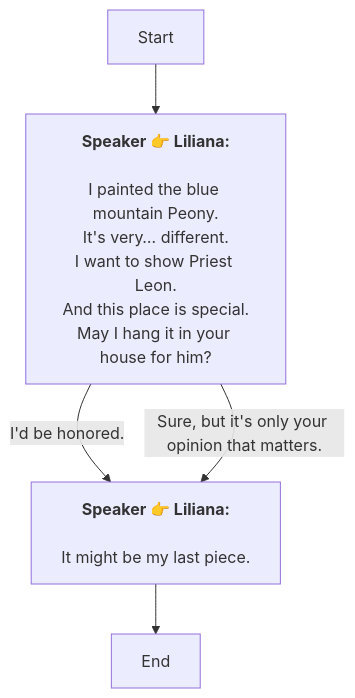
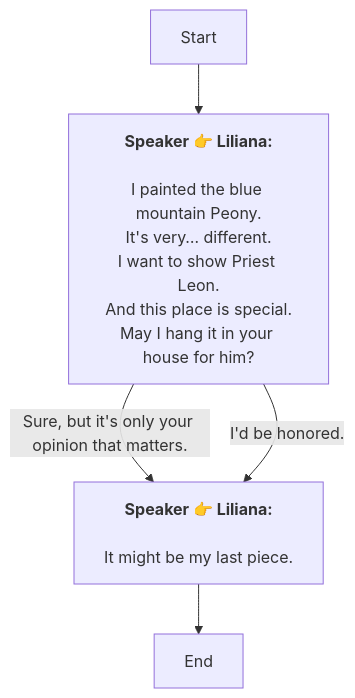
The diagram in En/Dialog_55279931831909.md (SoftHu/tos_avg), drawn with Mermaid before and after one commit. The commit also changed other lines of this file and 780 other files, not shown here.

````diff
--- a/En/Dialog_55279931831909.md
+++ b/En/Dialog_55279931831909.md
@@ -1,13 +1,13 @@
 ```mermaid
 graph
 Start -->1768957970791862[<b>Speaker 👉 Liliana:</b>
 \nI painted the blue mountain Peony.
 It's very… different.\nI want to show Priest Leon.
 And this place is special.\nMay I hang it in your house for him?]
+1768957970791862 -->|Sure, but it's only your opinion that matters.|1768958085482941[<b>Speaker 👉 Liliana:</b>
+\nIt might be my last piece.]
 1768957970791862 -->|I'd be honored.|1768958085482941[<b>Speaker 👉 Liliana:</b>
-\nIt might be my last piece.]
-1768957970791862 -->|Sure, but it's only your opinion that matters.|1768958085482941[<b>Speaker 👉 Liliana:</b>
 \nIt might be my last piece.]
 1768958085482941 -->1768957966347701[End]
 
 ```
````
